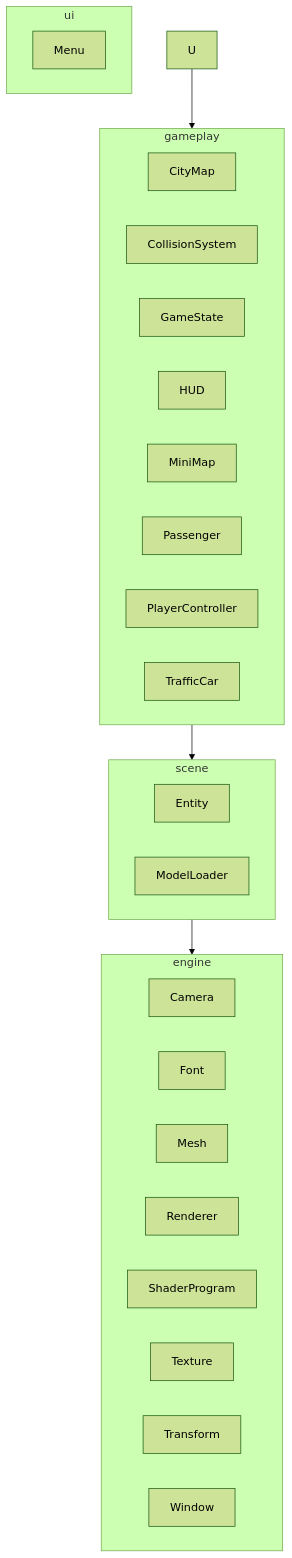
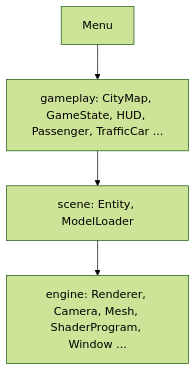
The first of 2 diagrams in README.md (PSLSbb/gamegame), drawn with Mermaid (forest theme) before and after one commit. The commit also changed other lines of this file and 3 other files, not shown here.

````diff
--- a/README.md
+++ b/README.md
@@ -149,37 +79,6 @@
 ```mermaid
 graph TD
-    subgraph ui
-        Menu
-    end
-    subgraph gameplay
-        CityMap
-        CollisionSystem
-        GameState
-        HUD
-        MiniMap
-        Passenger
-        PlayerController
-        TrafficCar
-    end
-    subgraph scene
-        Entity
-        ModelLoader
-    end
-    subgraph engine
-        Camera
-        Font
-        Mesh
-        Renderer
-        ShaderProgram
-        Texture
-        Transform
-        Window
-    end
-    U --> gameplay
-    gameplay --> scene
-    scene --> engine
-
-    click U "src/main/java/game/ui/Menu.java"
-    click HUD "src/main/java/game/gameplay/HUD.java"
-    click Renderer "src/main/java/game/engine/Renderer.java"
+    U[Menu] --> G[gameplay: CityMap, GameState, HUD, Passenger, TrafficCar ...]
+    G --> S[scene: Entity, ModelLoader]
+    S --> E[engine: Renderer, Camera, Mesh, ShaderProgram, Window ...]
 ```
````
